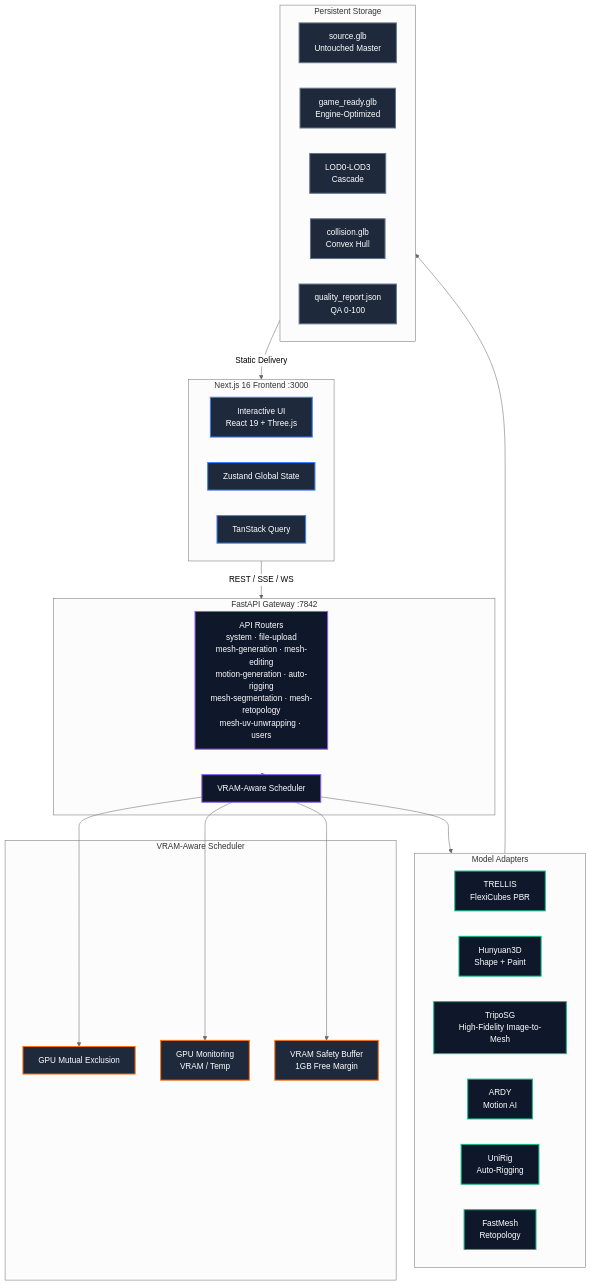
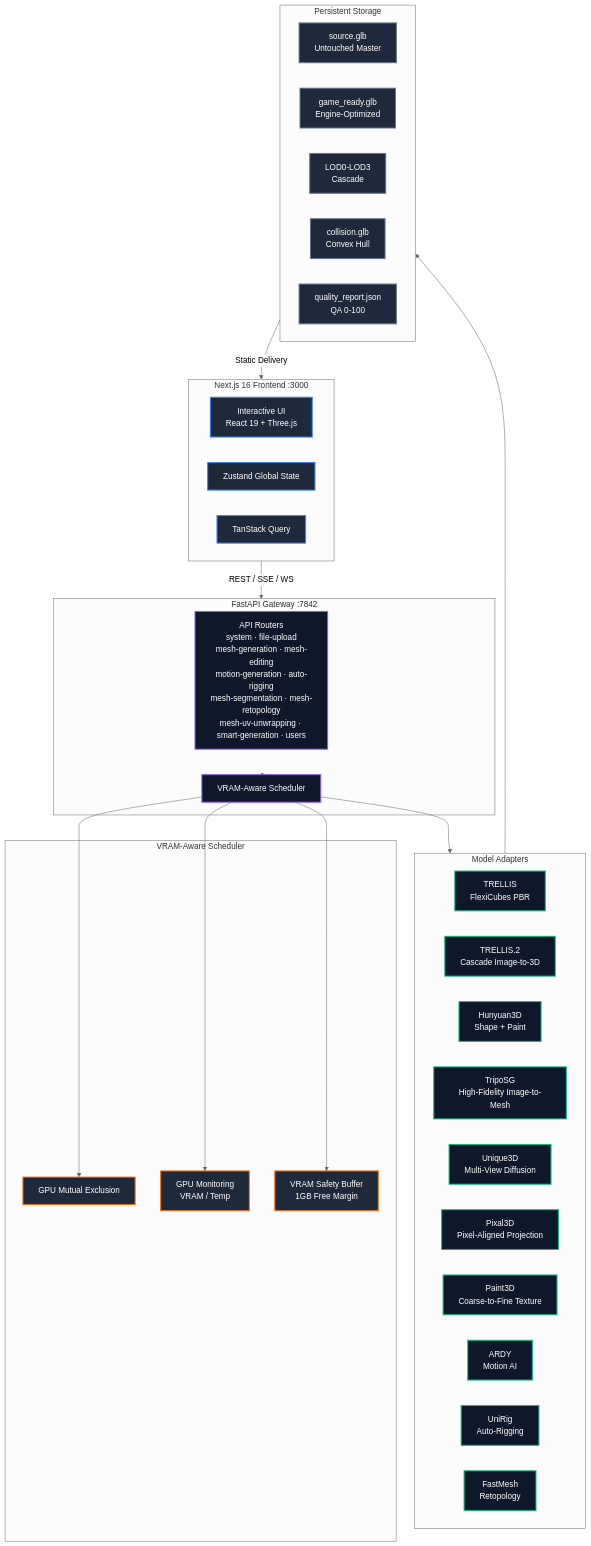
The first of 3 diagrams in Docs/PRD.md (Silentzx2/ForMash3D), drawn with Mermaid (neutral theme) before and after one commit. The commit also changed other lines of this file and 27 other files, not shown here.

````diff
--- a/Docs/PRD.md
+++ b/Docs/PRD.md
@@ -143,52 +147,56 @@
 ```mermaid
 flowchart TB
     classDef client fill:#1e293b,stroke:#3b82f6,stroke-width:2px,color:#fff
     classDef gateway fill:#0f172a,stroke:#8b5cf6,stroke-width:2px,color:#fff
     classDef scheduler fill:#1e293b,stroke:#f97316,stroke-width:2px,color:#fff
     classDef adapters fill:#0f172a,stroke:#10b981,stroke-width:2px,color:#fff
     classDef storage fill:#1e293b,stroke:#64748b,stroke-width:2px,color:#fff
     classDef queue fill:#0f172a,stroke:#ec4899,stroke-width:2px,color:#fff
 
     subgraph Client["Next.js 16 Frontend :3000"]
         UI["Interactive UI<br/>React 19 + Three.js"]:::client
         STATE["Zustand Global State"]:::client
         QUERY["TanStack Query"]:::client
     end
 
     subgraph Gateway["FastAPI Gateway :7842"]
-        ROUTERS["API Routers<br/>system · file-upload<br/>mesh-generation · mesh-editing<br/>motion-generation · auto-rigging<br/>mesh-segmentation · mesh-retopology<br/>mesh-uv-unwrapping · users"]:::gateway
+        ROUTERS["API Routers<br/>system · file-upload<br/>mesh-generation · mesh-editing<br/>motion-generation · auto-rigging<br/>mesh-segmentation · mesh-retopology<br/>mesh-uv-unwrapping · smart-generation · users"]:::gateway
         SCHED["VRAM-Aware Scheduler"]:::gateway
     end
 
     subgraph S["VRAM-Aware Scheduler"]
         GPU_LOCK["GPU Mutual Exclusion"]:::scheduler
         MONITOR["GPU Monitoring<br/>VRAM / Temp"]:::scheduler
         SAFETY["VRAM Safety Buffer<br/>1GB Free Margin"]:::scheduler
     end
 
     subgraph Adapters["Model Adapters"]
         TRELLIS["TRELLIS<br/>FlexiCubes PBR"]:::adapters
+        TRELLIS2["TRELLIS.2<br/>Cascade Image-to-3D"]:::adapters
         HUNY["Hunyuan3D<br/>Shape + Paint"]:::adapters
         TRIPO["TripoSG<br/>High-Fidelity Image-to-Mesh"]:::adapters
+        UNIQ["Unique3D<br/>Multi-View Diffusion"]:::adapters
+        PIXAL["Pixal3D<br/>Pixel-Aligned Projection"]:::adapters
+        P3D["Paint3D<br/>Coarse-to-Fine Texture"]:::adapters
         ARDY["ARDY<br/>Motion AI"]:::adapters
         UR["UniRig<br/>Auto-Rigging"]:::adapters
         FM["FastMesh<br/>Retopology"]:::adapters
     end
 
     subgraph Storage["Persistent Storage"]
         SRC["source.glb<br/>Untouched Master"]:::storage
         GAME["game_ready.glb<br/>Engine-Optimized"]:::storage
         LODS["LOD0-LOD3<br/>Cascade"]:::storage
         COL["collision.glb<br/>Convex Hull"]:::storage
         QA["quality_report.json<br/>QA 0-100"]:::storage
     end
 
     Client -- "REST / SSE / WS" --> Gateway
     Gateway --> SCHED
     SCHED --> GPU_LOCK
     SCHED --> MONITOR
     SCHED --> SAFETY
     SCHED --> Adapters
     Adapters --> Storage
     Storage -- "Static Delivery" --> Client
 ```
````
